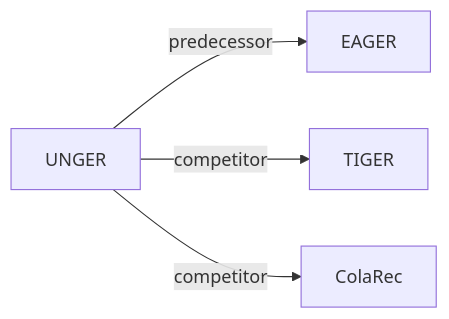
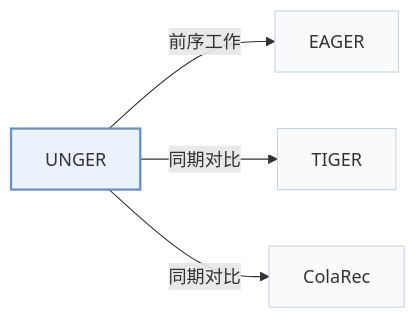
One commit to Galaxy-ghost/Awesome-SID-Generative-Rec changed the second of 2 diagrams in pages/zh/papers/unger.md. Above: the diagram before and after it, drawn with Mermaid. The commit also changed other lines of this file and 649 other files, not shown here.

Commit message:
writer-05: also tags and modality index (schema, check, build, visuals); summary field removed; calibration data for 12 papers

````diff
--- a/pages/zh/papers/unger.md
+++ b/pages/zh/papers/unger.md
@@ -68,7 +74,11 @@
 ```mermaid
 flowchart LR
     P["UNGER"]
-    P -->|predecessor| A["EAGER"]
-    P -->|competitor| B["TIGER"]
-    P -->|competitor| C["ColaRec"]
+    P -->|"前序工作"| A["EAGER"]
+    P -->|"同期对比"| B["TIGER"]
+    P -->|"同期对比"| C["ColaRec"]
+    classDef main fill:#eaf2fb,stroke:#6b8fc7,stroke-width:2px
+    classDef peer fill:#f8fafc,stroke:#cbd5e1
+    class P main
+    class A,B,C peer
 ```
````
